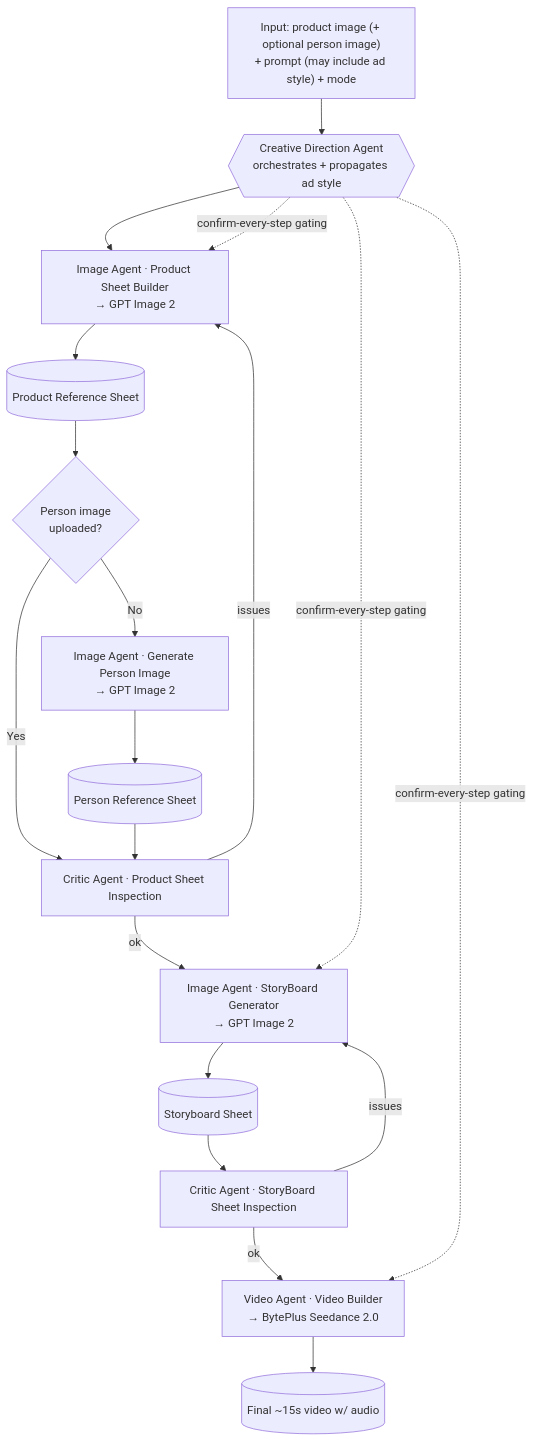
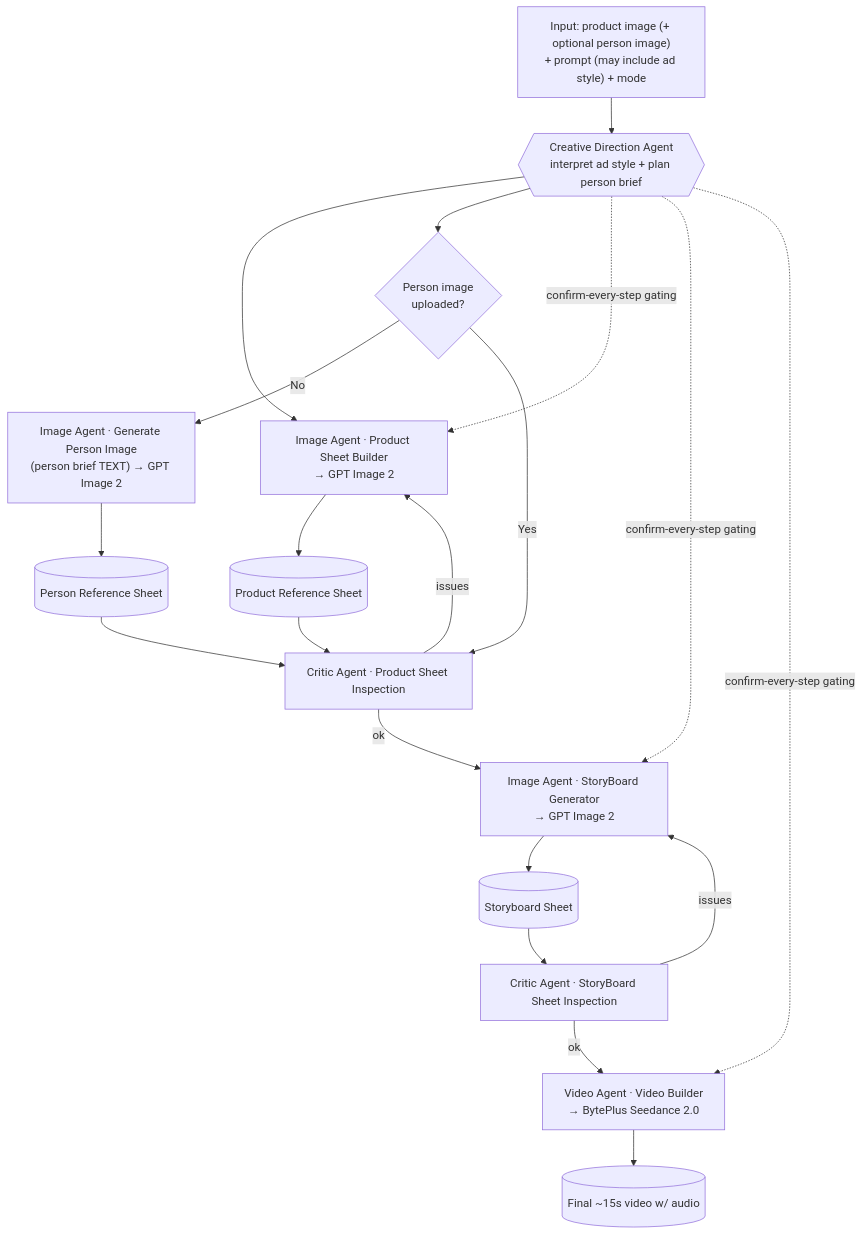
The diagram in SPEC.md (ExploitEngineer/ugc-video-system), drawn with Mermaid before and after one commit. The commit also changed other lines of this file and 15 other files, not shown here.

First line of the commit message:
refactor(pipeline): run person/product agents in parallel

````diff
--- a/SPEC.md
+++ b/SPEC.md
@@ -74,22 +74,23 @@
 ```mermaid
 flowchart TD
-    A["Input: product image (+ optional person image)<br/>+ prompt (may include ad style) + mode"] --> CDA{{Creative Direction Agent<br/>orchestrates + propagates ad style}}
+    A["Input: product image (+ optional person image)<br/>+ prompt (may include ad style) + mode"] --> CDA{{Creative Direction Agent<br/>interpret ad style + plan person brief}}
     CDA --> B["Image Agent · Product Sheet Builder<br/>→ GPT Image 2"]
+    CDA --> C{Person image<br/>uploaded?}
+    C -- No --> D["Image Agent · Generate Person Image<br/>(person brief TEXT) → GPT Image 2"]
+    D --> PERS[(Person Reference Sheet)]
     B --> PRS[(Product Reference Sheet)]
-    PRS --> C{Person image<br/>uploaded?}
-    C -- No --> D["Image Agent · Generate Person Image<br/>→ GPT Image 2"]
-    D --> PERS[(Person Reference Sheet)]
     C -- Yes --> E
-    PERS --> E["Critic Agent · Product Sheet Inspection"]
+    PRS --> E["Critic Agent · Product Sheet Inspection"]
+    PERS --> E
     E -- issues --> B
     E -- ok --> F["Image Agent · StoryBoard Generator<br/>→ GPT Image 2"]
     F --> SBS[(Storyboard Sheet)]
     SBS --> G["Critic Agent · StoryBoard Sheet Inspection"]
     G -- issues --> F
     G -- ok --> H["Video Agent · Video Builder<br/>→ BytePlus Seedance 2.0"]
     H --> VID[(Final ~15s video w/ audio)]
 
     CDA -. confirm-every-step gating .-> B
     CDA -. confirm-every-step gating .-> F
     CDA -. confirm-every-step gating .-> H
 ```
````
